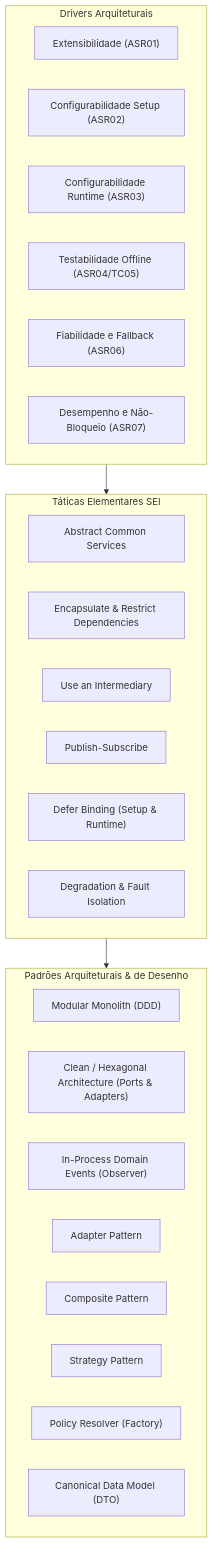
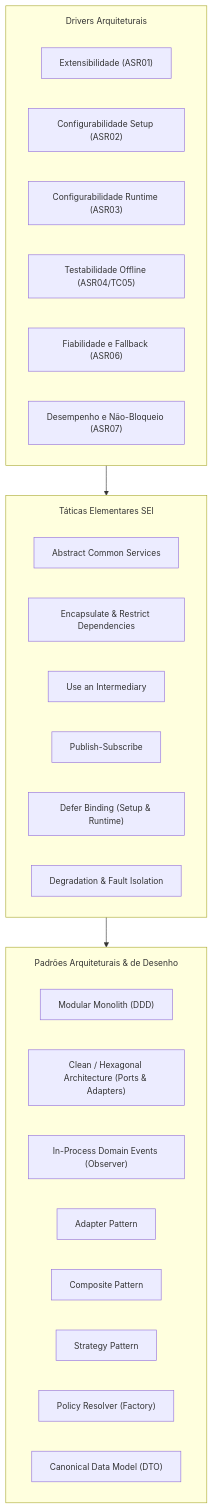
The first of 4 diagrams in Docs/ARQSOFT/system-to-be/architectural-patterns.md (RafaelBrandao04/psoft-project-2026-1), drawn with Mermaid before and after one commit. The commit also changed other lines of this file and 6 other files, not shown here.

````diff
--- a/Docs/ARQSOFT/system-to-be/architectural-patterns.md
+++ b/Docs/ARQSOFT/system-to-be/architectural-patterns.md
@@ -15,34 +15,35 @@
 ```mermaid
+%%{init: {'themeVariables': { 'fontSize': '14px' }, 'flowchart': { 'subGraphTitleMargin': { 'top': 15, 'bottom': 20 } } } }%%
 flowchart TD
     subgraph ASRs["Drivers Arquiteturais"]
         D1["Extensibilidade (ASR01)"]
         D2["Configurabilidade Setup (ASR02)"]
         D3["Configurabilidade Runtime (ASR03)"]
         D4["Testabilidade Offline (ASR04/TC05)"]
         D5["Fiabilidade e Fallback (ASR06)"]
         D6["Desempenho e Não-Bloqueio (ASR07)"]
     end
 
     subgraph Tactics["Táticas Elementares SEI"]
         T1["Abstract Common Services"]
         T2["Encapsulate & Restrict Dependencies"]
         T3["Use an Intermediary"]
         T4["Publish-Subscribe"]
         T5["Defer Binding (Setup & Runtime)"]
         T6["Degradation & Fault Isolation"]
     end
 
     subgraph Patterns["Padrões Arquiteturais & de Desenho"]
         P1["Modular Monolith (DDD)"]
         P2["Clean / Hexagonal Architecture (Ports & Adapters)"]
         P3["In-Process Domain Events (Observer)"]
         P4["Adapter Pattern"]
         P5["Composite Pattern"]
         P6["Strategy Pattern"]
         P7["Policy Resolver (Factory)"]
         P8["Canonical Data Model (DTO)"]
     end
 
     ASRs --> Tactics
     Tactics --> Patterns
 ```
````
